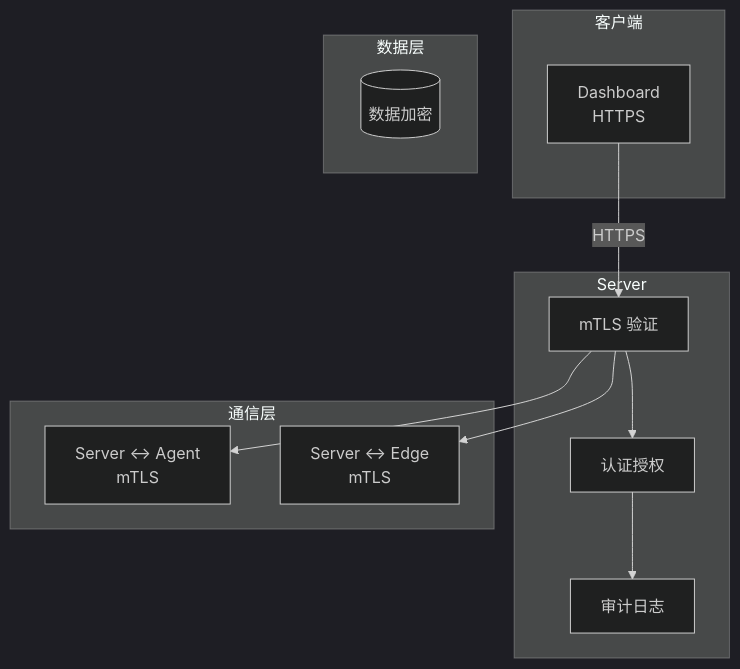
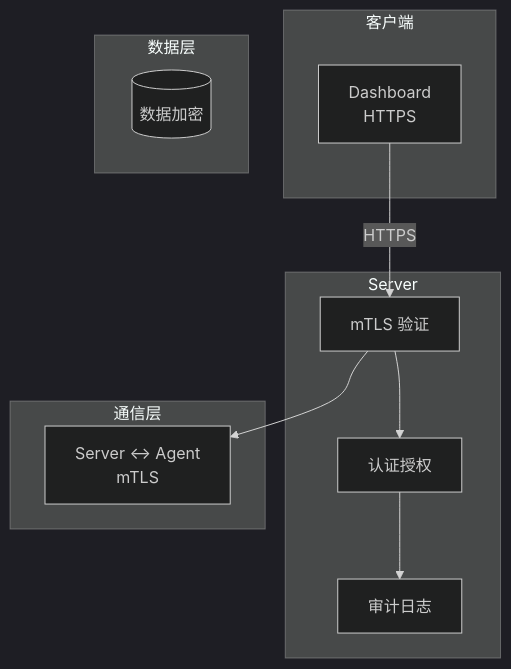
The diagram in docs/guide/operations/security.md (cuihairu/croupier), drawn with Mermaid (dark theme) before and after one commit. The commit also changed other lines of this file and 15 other files, not shown here.

````diff
--- a/docs/guide/operations/security.md
+++ b/docs/guide/operations/security.md
@@ -23,27 +23,25 @@
 ```mermaid
 graph TB
     subgraph "客户端"
         UI[Dashboard<br/>HTTPS]
     end
 
     subgraph "Server"
         TLS[mTLS 验证]
         Auth[认证授权]
         Audit[审计日志]
     end
 
     subgraph "通信层"
-        mTLS1[Server ↔ Agent<br/>mTLS]
-        mTLS2[Server ↔ Edge<br/>mTLS]
+        mTLS[Server ↔ Agent<br/>mTLS]
     end
 
     subgraph "数据层"
         Encrypt[(数据加密)]
     end
 
     UI -->|HTTPS| TLS
     TLS --> Auth
     Auth --> Audit
-    TLS --> mTLS1
-    TLS --> mTLS2
+    TLS --> mTLS
 ```
````
